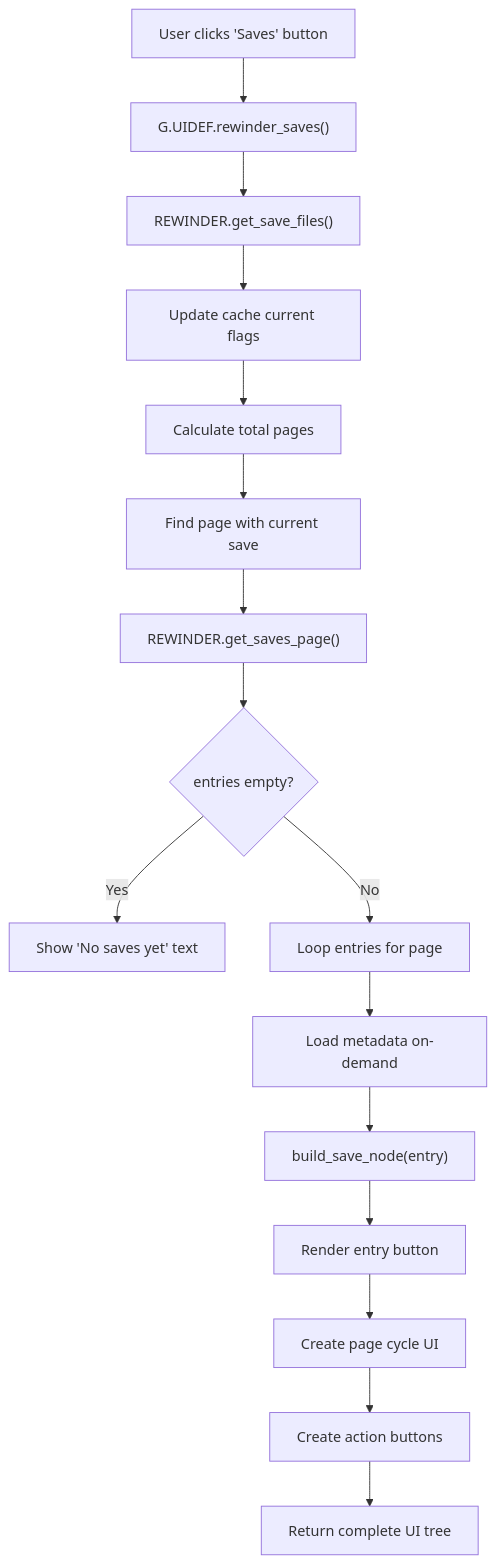
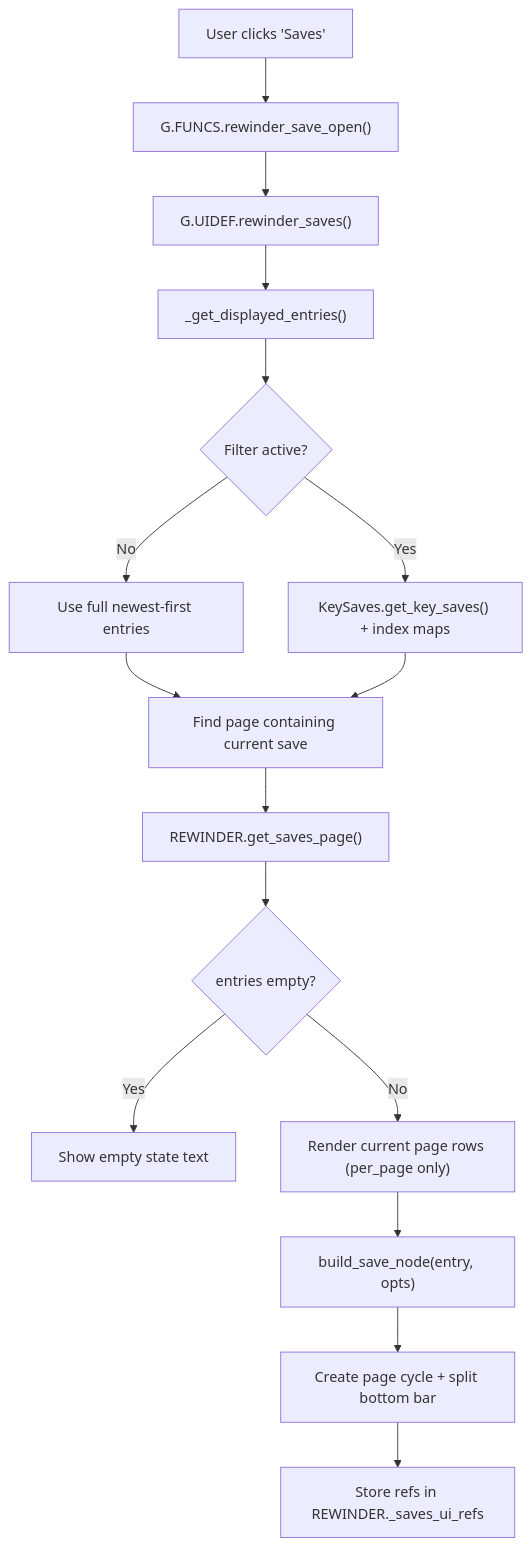
Before and after one commit to liafonx/Balatro-SaveRewinder: the diagram in docs/SAVE_LIST_FLOW.md, drawn with Mermaid. The commit also changed other lines of this file and 19 other files, not shown here.

First line of the commit message:
Enhance save management with key-save functionality and UI updates

````diff
--- a/docs/SAVE_LIST_FLOW.md
+++ b/docs/SAVE_LIST_FLOW.md
@@ -15,18 +15,18 @@
 ```mermaid
 flowchart TD
-    A[User clicks 'Saves' button] --> B["G.UIDEF.rewinder_saves()"]
-    B --> C["REWINDER.get_save_files()"]
-    C --> D[Update cache current flags]
-    D --> E[Calculate total pages]
-    E --> F[Find page with current save]
-    F --> G["REWINDER.get_saves_page()"]
-    G --> H{entries empty?}
-    H -->|Yes| I[Show 'No saves yet' text]
-    H -->|No| J[Loop entries for page]
-    J --> K[Load metadata on-demand]
-    K --> L["build_save_node(entry)"]
-    L --> M[Render entry button]
-    M --> N[Create page cycle UI]
-    N --> O[Create action buttons]
-    O --> P[Return complete UI tree]
+    A["User clicks 'Saves'"] --> B["G.FUNCS.rewinder_save_open()"]
+    B --> C["G.UIDEF.rewinder_saves()"]
+    C --> D["_get_displayed_entries()"]
+    D --> E{"Filter active?"}
+    E -->|No| F["Use full newest-first entries"]
+    E -->|Yes| G["KeySaves.get_key_saves() + index maps"]
+    F --> H["Find page containing current save"]
+    G --> H
+    H --> I["REWINDER.get_saves_page()"]
+    I --> J{"entries empty?"}
+    J -->|Yes| K["Show empty state text"]
+    J -->|No| L["Render current page rows (per_page only)"]
+    L --> M["build_save_node(entry, opts)"]
+    M --> N["Create page cycle + split bottom bar"]
+    N --> O["Store refs in REWINDER._saves_ui_refs"]
 ```
````
